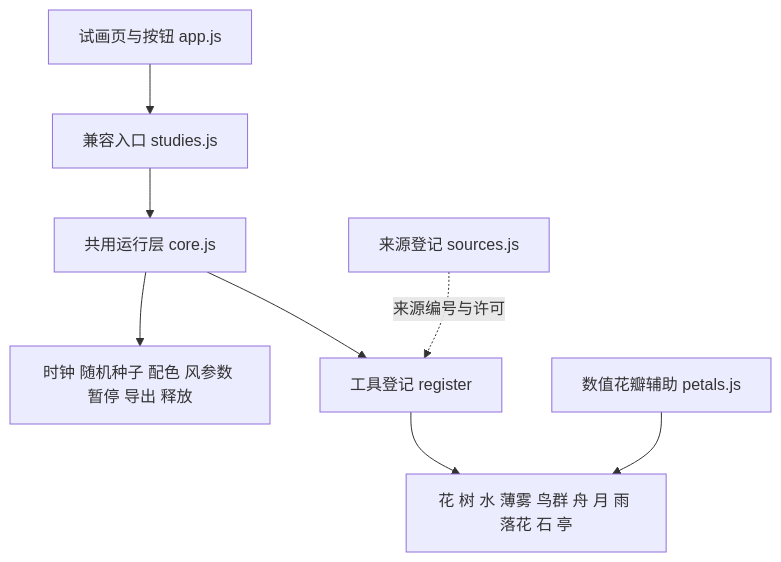
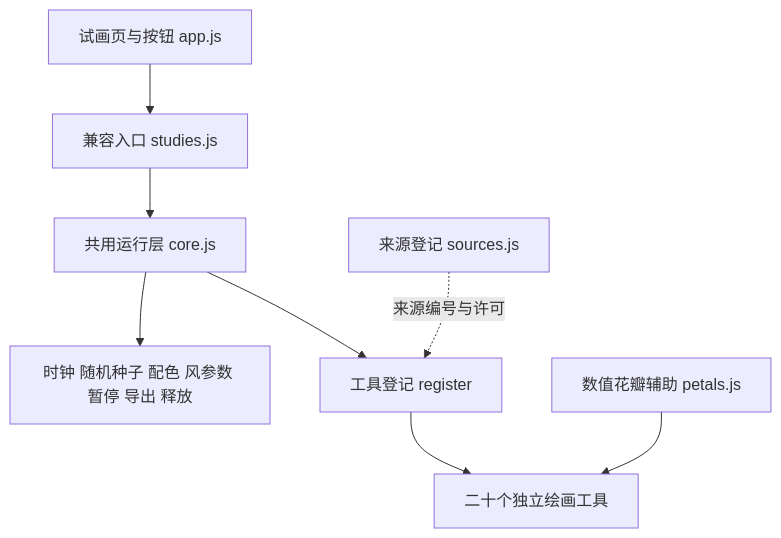
One commit to tuolaskifc/flowing-poetry changed the diagram in experiments/imagery-library/drawing/README.md. Above: the diagram before and after it, drawn with Mermaid. The commit also changed other lines of this file and 40 other files, not shown here.

````diff
--- a/experiments/imagery-library/drawing/README.md
+++ b/experiments/imagery-library/drawing/README.md
@@ -9,10 +9,10 @@
 ```mermaid
 flowchart TD
   ui[试画页与按钮 app.js] --> facade[兼容入口 studies.js]
   facade --> core[共用运行层 core.js]
   core --> registry[工具登记 register]
-  registry --> tools[花 树 水 薄雾 鸟群 舟 月 雨 落花 石 亭]
+  registry --> tools[二十个独立绘画工具]
   sources[来源登记 sources.js] -. 来源编号与许可 .-> registry
   core --> common[时钟 随机种子 配色 风参数 暂停 导出 释放]
   petals[数值花瓣辅助 petals.js] --> tools
 ```
````
